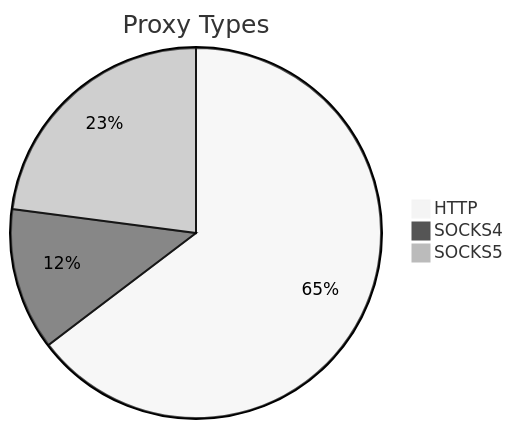
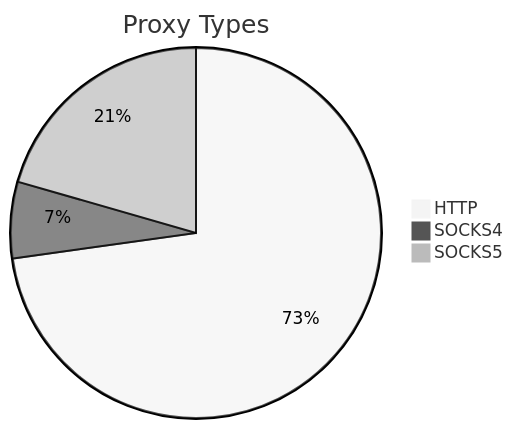
One commit to stormsia/proxy-list changed the first of 2 diagrams in README.md. Above: the diagram before and after it, drawn with Mermaid (neutral theme). The commit also changed other lines of this file, not shown here.

````diff
--- a/README.md
+++ b/README.md
@@ -21,6 +21,6 @@
 ```mermaid
 pie title Proxy Types
-    "HTTP" : 344
-    "SOCKS4" : 66
-    "SOCKS5" : 122
+    "HTTP" : 404
+    "SOCKS4" : 37
+    "SOCKS5" : 114
 ```
````
